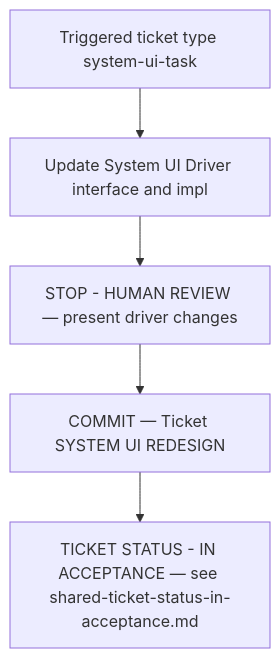
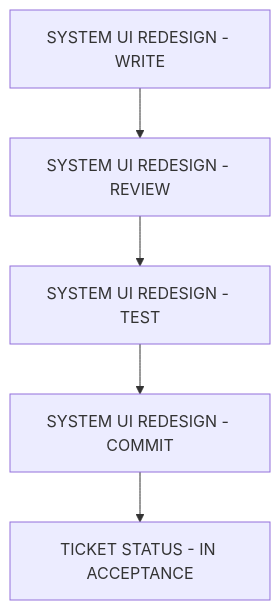
One commit to optivem/starter changed the seventh of 10 diagrams in docs/atdd/process/diagram-process.md. Above: the diagram before and after it, drawn with Mermaid. The commit also changed other lines of this file and 19 other files, not shown here.

````diff
--- a/docs/atdd/process/diagram-process.md
+++ b/docs/atdd/process/diagram-process.md
@@ -240,13 +225,13 @@
 ```mermaid
 flowchart TD
-    TRIGGER[Triggered ticket type system-ui-task]
-    UPDATE[Update System UI Driver interface and impl]
-    STOP_REVIEW[STOP - HUMAN REVIEW — present driver changes]
-    COMMIT[COMMIT — Ticket SYSTEM UI REDESIGN]
-    IN_ACCEPTANCE[TICKET STATUS - IN ACCEPTANCE — see shared-ticket-status-in-acceptance.md]
+    WRITE[SYSTEM UI REDESIGN - WRITE]
+    REVIEW[SYSTEM UI REDESIGN - REVIEW]
+    TEST[SYSTEM UI REDESIGN - TEST]
+    COMMIT[SYSTEM UI REDESIGN - COMMIT]
+    IN_ACCEPTANCE[TICKET STATUS - IN ACCEPTANCE]
 
-    TRIGGER --> UPDATE
-    UPDATE --> STOP_REVIEW
-    STOP_REVIEW --> COMMIT
+    WRITE --> REVIEW
+    REVIEW --> TEST
+    TEST --> COMMIT
     COMMIT --> IN_ACCEPTANCE
 ```
````
